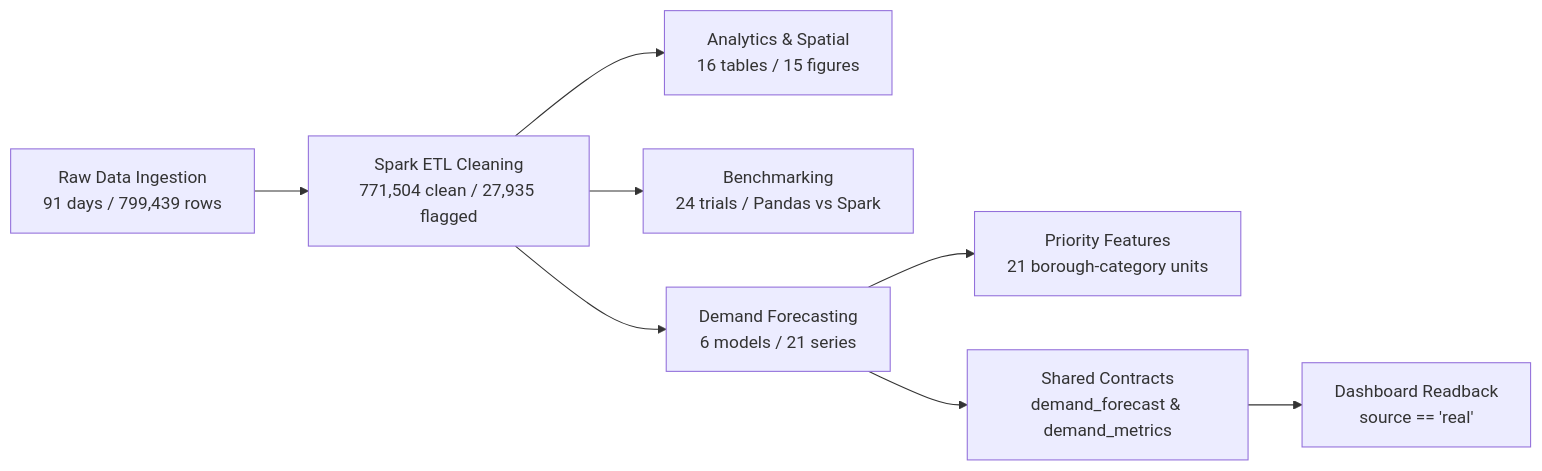
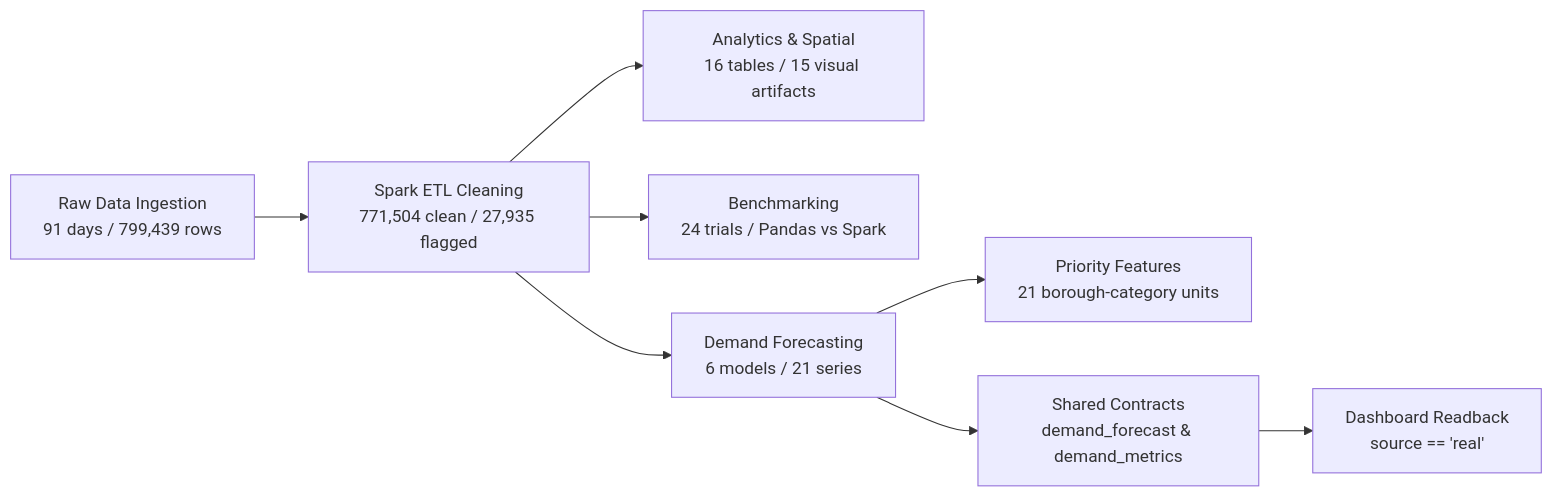
The diagram in reports/member1/reproducibility_audit_report.md (thenithin342/urban-service-intelligence), drawn with Mermaid before and after one commit. The commit also changed other lines of this file and 3 other files, not shown here.

````diff
--- a/reports/member1/reproducibility_audit_report.md
+++ b/reports/member1/reproducibility_audit_report.md
@@ -18,10 +18,10 @@
 ```mermaid
 flowchart LR
     A["Raw Data Ingestion<br>91 days / 799,439 rows"] --> B["Spark ETL Cleaning<br>771,504 clean / 27,935 flagged"]
-    B --> C["Analytics & Spatial<br>16 tables / 15 figures"]
+    B --> C["Analytics & Spatial<br>16 tables / 15 visual artifacts"]
     B --> D["Benchmarking<br>24 trials / Pandas vs Spark"]
     B --> E["Demand Forecasting<br>6 models / 21 series"]
     E --> F["Priority Features<br>21 borough-category units"]
     E --> G["Shared Contracts<br>demand_forecast & demand_metrics"]
     G --> H["Dashboard Readback<br>source == 'real'"]
 ```
````
